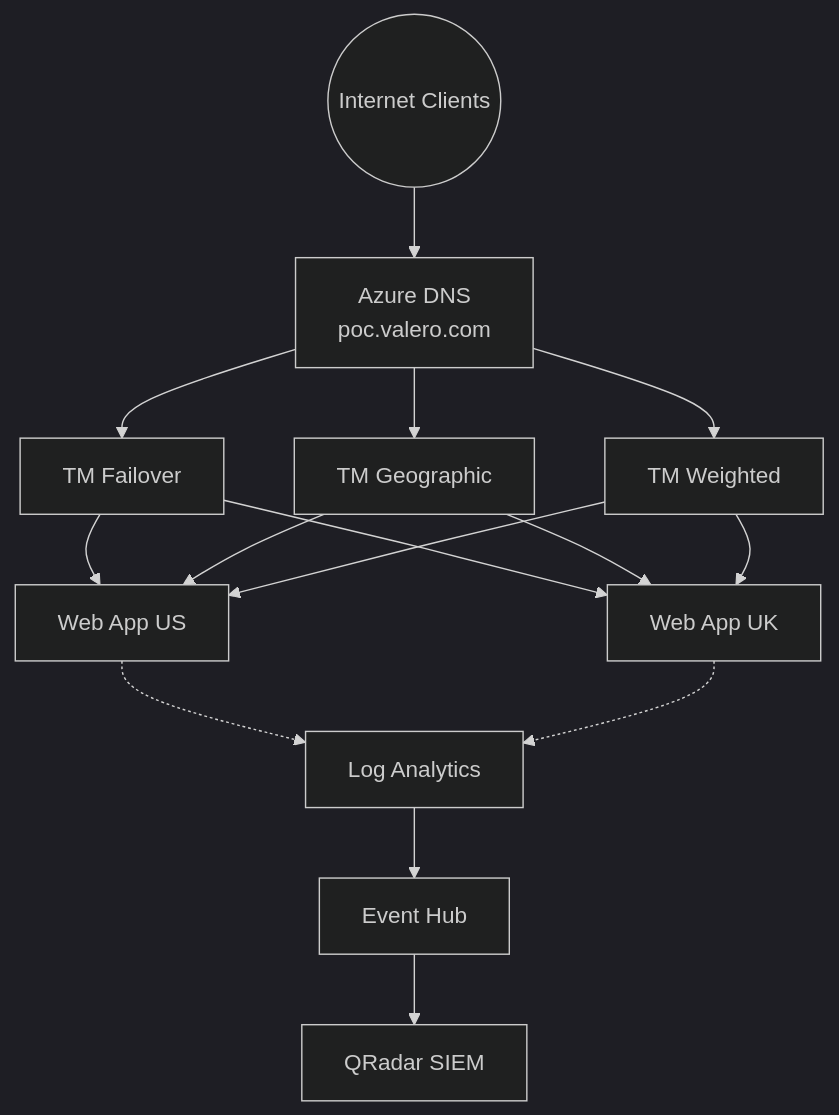
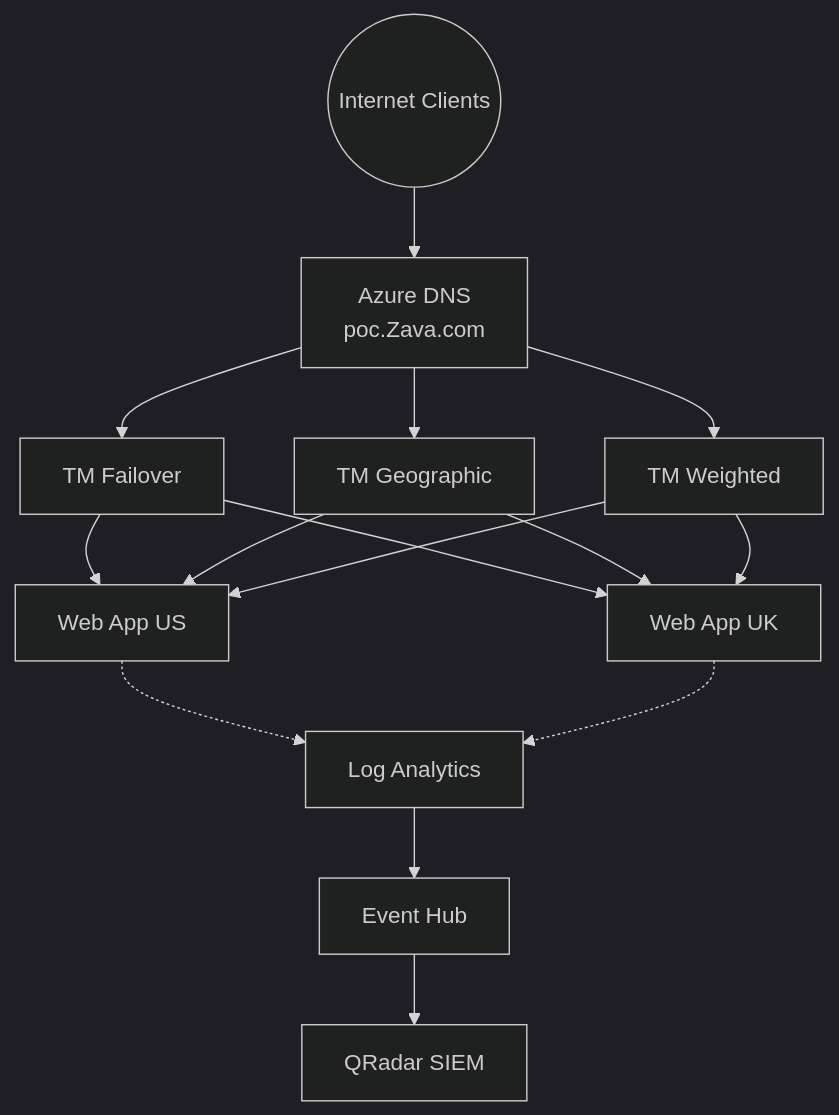
Before and after one commit to kimvaddi/Azure-DNS-POC-Accelerator: the diagram in README.md, drawn with Mermaid (dark theme). The commit also changed other lines of this file and 23 other files, not shown here.

Commit message:
Rebrand: Valero -> Zava (all files, filenames, and content)

````diff
--- a/README.md
+++ b/README.md
@@ -165,19 +165,19 @@
 ```mermaid
 graph TD
     CLIENTS(("Internet Clients"))
-    DNS["Azure DNS<br/>poc.valero.com"]
+    DNS["Azure DNS<br/>poc.Zava.com"]
     TM_F["TM Failover"]
     TM_G["TM Geographic"]
     TM_W["TM Weighted"]
     WEB_US["Web App US"]
     WEB_UK["Web App UK"]
     LAW["Log Analytics"]
     EH["Event Hub"]
     QRADAR["QRadar SIEM"]
 
     CLIENTS --> DNS
     DNS --> TM_F & TM_G & TM_W
     TM_F & TM_G & TM_W --> WEB_US & WEB_UK
     WEB_US & WEB_UK -.-> LAW
     LAW --> EH --> QRADAR
 ```
````
